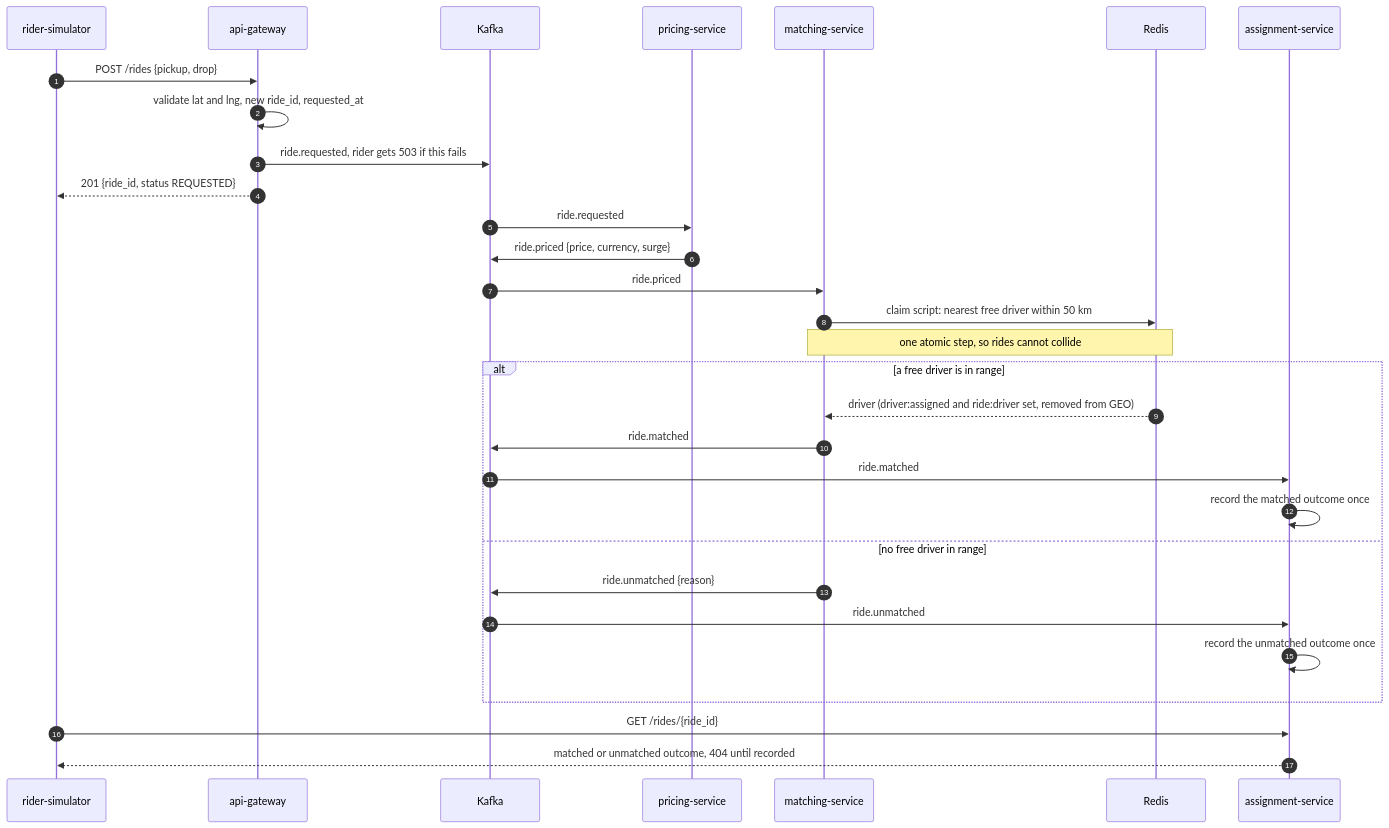
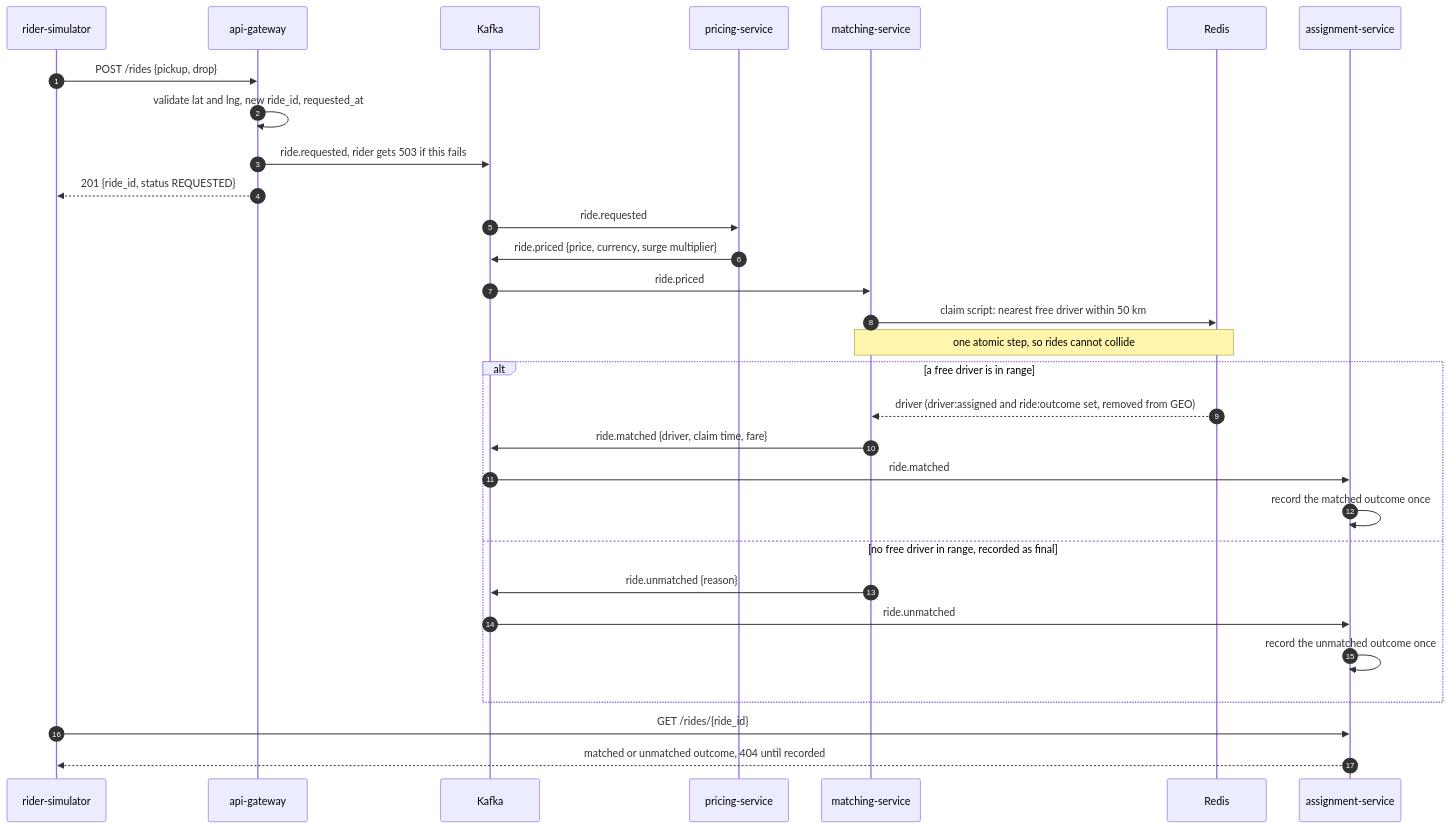
The second of 2 diagrams in README.md (coderconnoisseur/ridepulse), drawn with Mermaid before and after one commit. The commit also changed other lines of this file and 9 other files, not shown here.

First line of the commit message:
docs: document fares, surge and final outcomes; publish final benchmark

````diff
--- a/README.md
+++ b/README.md
@@ -91,33 +95,33 @@
 ```mermaid
 sequenceDiagram
     autonumber
     participant Rider as rider-simulator
     participant GW as api-gateway
     participant Kafka
     participant Pricing as pricing-service
     participant Match as matching-service
     participant Redis
     participant Assign as assignment-service
 
     Rider->>GW: POST /rides {pickup, drop}
     GW->>GW: validate lat and lng, new ride_id, requested_at
     GW->>Kafka: ride.requested, rider gets 503 if this fails
     GW-->>Rider: 201 {ride_id, status REQUESTED}
     Kafka->>Pricing: ride.requested
-    Pricing->>Kafka: ride.priced {price, currency, surge}
+    Pricing->>Kafka: ride.priced {price, currency, surge multiplier}
     Kafka->>Match: ride.priced
     Match->>Redis: claim script: nearest free driver within 50 km
     Note over Match,Redis: one atomic step, so rides cannot collide
     alt a free driver is in range
-        Redis-->>Match: driver (driver:assigned and ride:driver set, removed from GEO)
-        Match->>Kafka: ride.matched
+        Redis-->>Match: driver (driver:assigned and ride:outcome set, removed from GEO)
+        Match->>Kafka: ride.matched {driver, claim time, fare}
         Kafka->>Assign: ride.matched
         Assign->>Assign: record the matched outcome once
-    else no free driver in range
+    else no free driver in range, recorded as final
         Match->>Kafka: ride.unmatched {reason}
         Kafka->>Assign: ride.unmatched
         Assign->>Assign: record the unmatched outcome once
     end
     Rider->>Assign: GET /rides/{ride_id}
     Assign-->>Rider: matched or unmatched outcome, 404 until recorded
 ```
````
